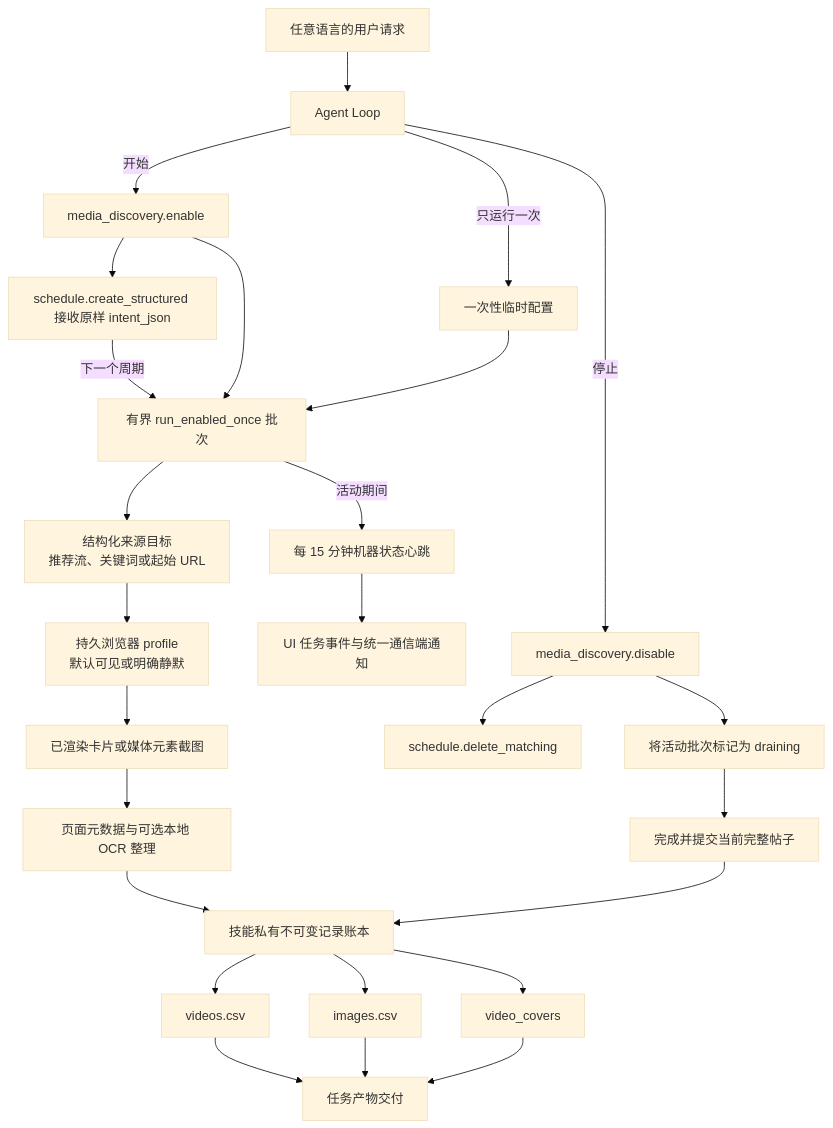
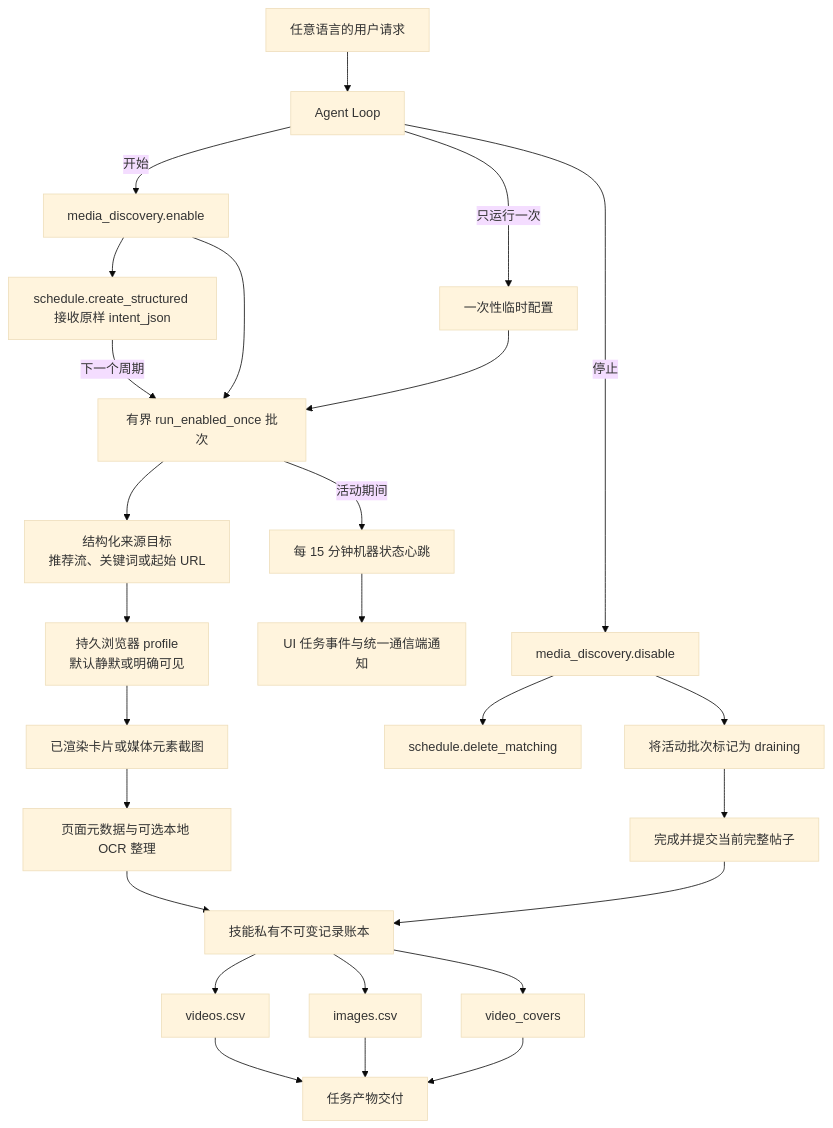
One commit to MatrixCoreX/RustClaw changed the diagram in docs/architecture/12-media-discovery.zh-CN.md. Above: the diagram before and after it, drawn with Mermaid (base theme). The commit also changed other lines of this file and 27 other files, not shown here.

````diff
--- a/docs/architecture/12-media-discovery.zh-CN.md
+++ b/docs/architecture/12-media-discovery.zh-CN.md
@@ -40,39 +40,39 @@
 ```mermaid
 flowchart TD
     U[任意语言的用户请求]
     A[Agent Loop]
     E[media_discovery.enable]
     X[media_discovery.disable]
     S[schedule.create_structured 接收原样 intent_json]
     Q[schedule.delete_matching]
     R[有界 run_enabled_once 批次]
     W[一次性临时配置]
     T[结构化来源目标<br/>推荐流、关键词或起始 URL]
     G[将活动批次标记为 draining]
     P[完成并提交当前完整帖子]
-    B[持久浏览器 profile<br/>默认可见或明确静默]
+    B[持久浏览器 profile<br/>默认静默或明确可见]
     C[已渲染卡片或媒体元素截图]
     O[页面元数据与可选本地 OCR 整理]
     L[技能私有不可变记录账本]
     V[videos.csv]
     I[images.csv]
     F[video_covers]
     D[任务产物交付]
     H[每 15 分钟机器状态心跳]
     N[UI 任务事件与统一通信端通知]
 
     U --> A
     A -->|开始| E
     E --> S
     E --> R
     A -->|只运行一次| W --> R
     S -->|下一个周期| R
     R --> T --> B --> C --> O --> L
     R -->|活动期间| H --> N
     A -->|停止| X
     X --> Q
     X --> G --> P --> L
     L --> V --> D
     L --> I --> D
     L --> F --> D
 ```
````
